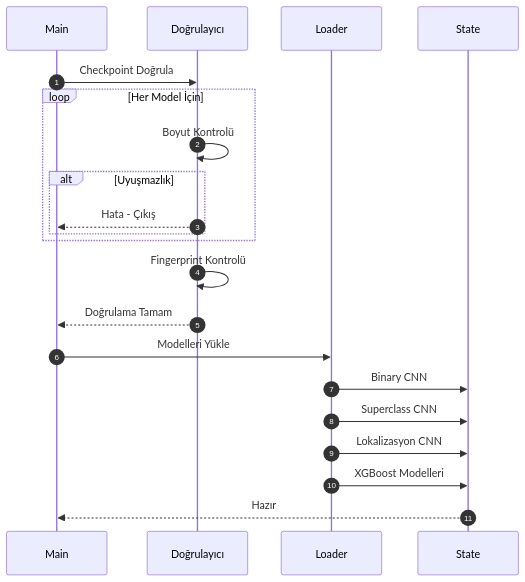
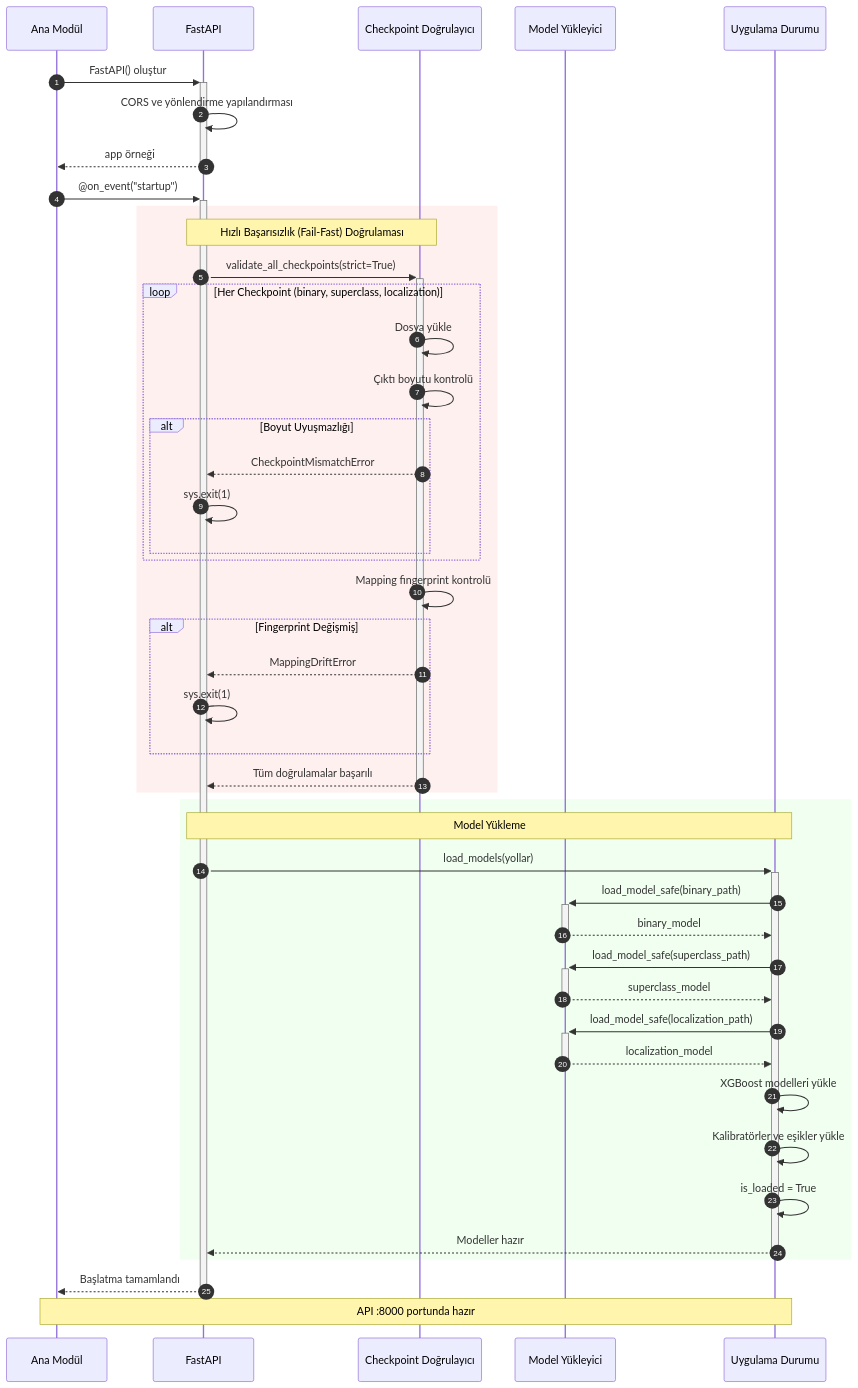
The second of 9 diagrams in docs/diagrams/06_sequence_diagram.md (mUsaulug/CardioGuard-AI), drawn with Mermaid before and after one commit. The commit also changed other lines of this file and 3 other files, not shown here.

````diff
--- a/docs/diagrams/06_sequence_diagram.md
+++ b/docs/diagrams/06_sequence_diagram.md
@@ -61,28 +104,61 @@
 ```mermaid
 sequenceDiagram
     autonumber
-    participant Main
-    participant Val as Doğrulayıcı
-    participant Loader
-    participant State
+    participant Main as Ana Modül
+    participant App as FastAPI
+    participant Validator as Checkpoint Doğrulayıcı
+    participant Loader as Model Yükleyici
+    participant State as Uygulama Durumu
     
-    Main->>Val: Checkpoint Doğrula
+    Main->>+App: FastAPI() oluştur
+    App->>App: CORS ve yönlendirme yapılandırması
+    App-->>-Main: app örneği
     
-    loop Her Model İçin
-        Val->>Val: Boyut Kontrolü
-        alt Uyuşmazlık
-            Val-->>Main: Hata - Çıkış
+    Main->>+App: @on_event("startup")
+    
+    rect rgb(255, 240, 240)
+        Note over App, Validator: Hızlı Başarısızlık (Fail-Fast) Doğrulaması
+        App->>+Validator: validate_all_checkpoints(strict=True)
+        
+        loop Her Checkpoint (binary, superclass, localization)
+            Validator->>Validator: Dosya yükle
+            Validator->>Validator: Çıktı boyutu kontrolü
+            alt Boyut Uyuşmazlığı
+                Validator-->>App: CheckpointMismatchError
+                App->>App: sys.exit(1)
+            end
         end
+        
+        Validator->>Validator: Mapping fingerprint kontrolü
+        alt Fingerprint Değişmiş
+            Validator-->>App: MappingDriftError
+            App->>App: sys.exit(1)
+        end
+        
+        Validator-->>-App: Tüm doğrulamalar başarılı
     end
     
-    Val->>Val: Fingerprint Kontrolü
-    Val-->>Main: Doğrulama Tamam
+    rect rgb(240, 255, 240)
+        Note over App, State: Model Yükleme
+        App->>+State: load_models(yollar)
+        
+        State->>+Loader: load_model_safe(binary_path)
+        Loader-->>-State: binary_model
+        
+        State->>+Loader: load_model_safe(superclass_path)
+        Loader-->>-State: superclass_model
+        
+        State->>+Loader: load_model_safe(localization_path)
+        Loader-->>-State: localization_model
+        
+        State->>State: XGBoost modelleri yükle
+        State->>State: Kalibratörler ve eşikler yükle
+        
+        State->>State: is_loaded = True
+        State-->>-App: Modeller hazır
+    end
     
-    Main->>Loader: Modelleri Yükle
-    Loader->>State: Binary CNN
-    Loader->>State: Superclass CNN
-    Loader->>State: Lokalizasyon CNN
-    Loader->>State: XGBoost Modelleri
+    App-->>-Main: Başlatma tamamlandı
     
-    State-->>Main: Hazır
+    Note over Main, State: API :8000 portunda hazır
 ```
````
